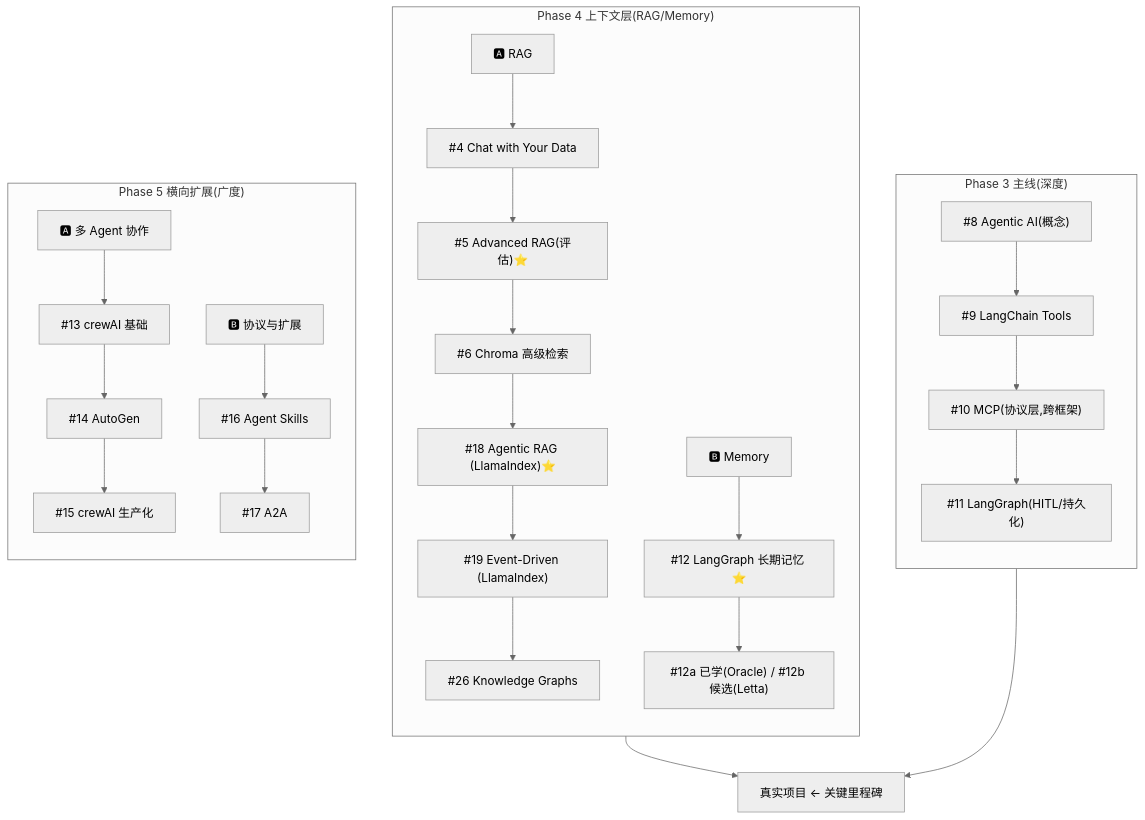
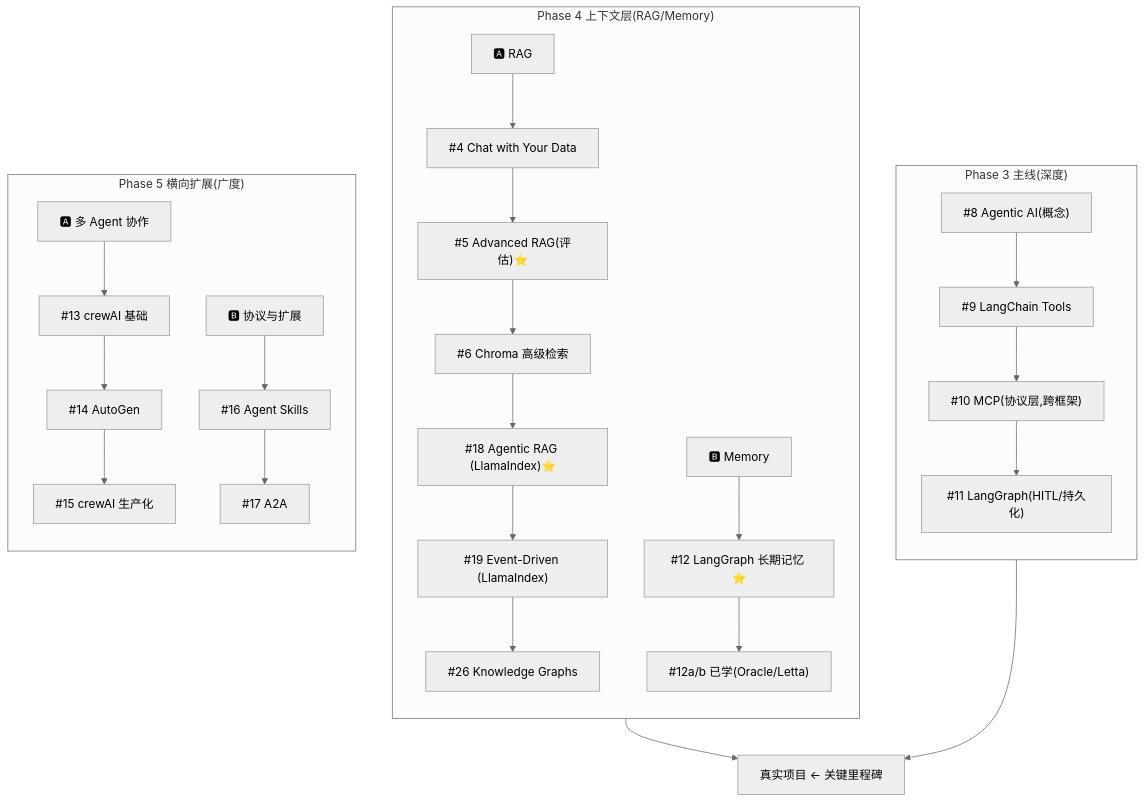
The diagram in agent/roadmap/deeplearning-ai-course-order.md (Colonel86/ai-agent-learn), drawn with Mermaid (neutral theme) before and after one commit. The commit also changed other lines of this file and 21 other files, not shown here.

First line of the commit message:
docs(course-12b): LLMs as OS Agent Memory 课程笔记 L0-L7 + 字幕/代码,roadmap 状态更新

````diff
--- a/agent/roadmap/deeplearning-ai-course-order.md
+++ b/agent/roadmap/deeplearning-ai-course-order.md
@@ -156,19 +156,19 @@
 ```mermaid
 flowchart TB
     subgraph 主线["Phase 3 主线(深度)"]
         direction TB
         C8["#8 Agentic AI(概念)"] --> C9["#9 LangChain Tools"] --> C10["#10 MCP(协议层,跨框架)"] --> C11["#11 LangGraph(HITL/持久化)"]
     end
     subgraph 上下文["Phase 4 上下文层(RAG/Memory)"]
         direction TB
         R["🅰 RAG"] --> R4["#4 Chat with Your Data"] --> R5["#5 Advanced RAG(评估)⭐"] --> R6["#6 Chroma 高级检索"] --> R18["#18 Agentic RAG (LlamaIndex)⭐"] --> R19["#19 Event-Driven (LlamaIndex)"] --> R26["#26 Knowledge Graphs"]
-        M["🅱 Memory"] --> M12["#12 LangGraph 长期记忆 ⭐"] --> M12b["#12a 已学(Oracle) / #12b 候选(Letta)"]
+        M["🅱 Memory"] --> M12["#12 LangGraph 长期记忆 ⭐"] --> M12b["#12a/b 已学(Oracle/Letta)"]
     end
     subgraph 横向["Phase 5 横向扩展(广度)"]
         direction TB
         H["🅰 多 Agent 协作"] --> H13["#13 crewAI 基础"] --> H14["#14 AutoGen"] --> H15["#15 crewAI 生产化"]
         HB["🅱 协议与扩展"] --> H16["#16 Agent Skills"] --> H17["#17 A2A"]
     end
     C11 --> PROJ["真实项目 ← 关键里程碑"]
     上下文 --> PROJ
 ```
````
